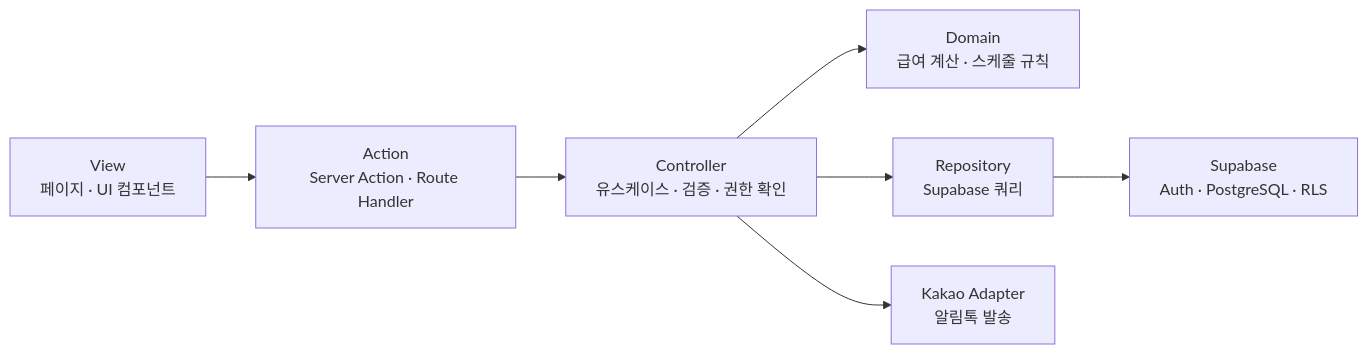
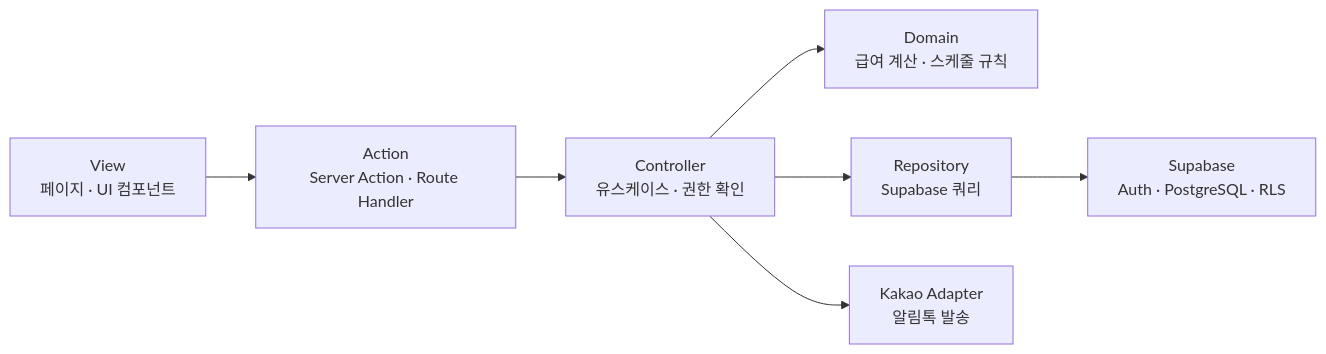
The diagram in docs/architecture.md (dv-yeop920/Lavi-crew), drawn with Mermaid before and after one commit. The commit also changed other lines of this file and 193 other files, not shown here.

````diff
--- a/docs/architecture.md
+++ b/docs/architecture.md
@@ -14,9 +15,9 @@
 ```mermaid
 flowchart LR
   V["View<br/>페이지 · UI 컴포넌트"] --> A["Action<br/>Server Action · Route Handler"]
-  A --> C["Controller<br/>유스케이스 · 검증 · 권한 확인"]
+  A --> C["Controller<br/>유스케이스 · 권한 확인"]
   C --> D["Domain<br/>급여 계산 · 스케줄 규칙"]
   C --> R["Repository<br/>Supabase 쿼리"]
   R --> S["Supabase<br/>Auth · PostgreSQL · RLS"]
   C --> K["Kakao Adapter<br/>알림톡 발송"]
 ```
````
